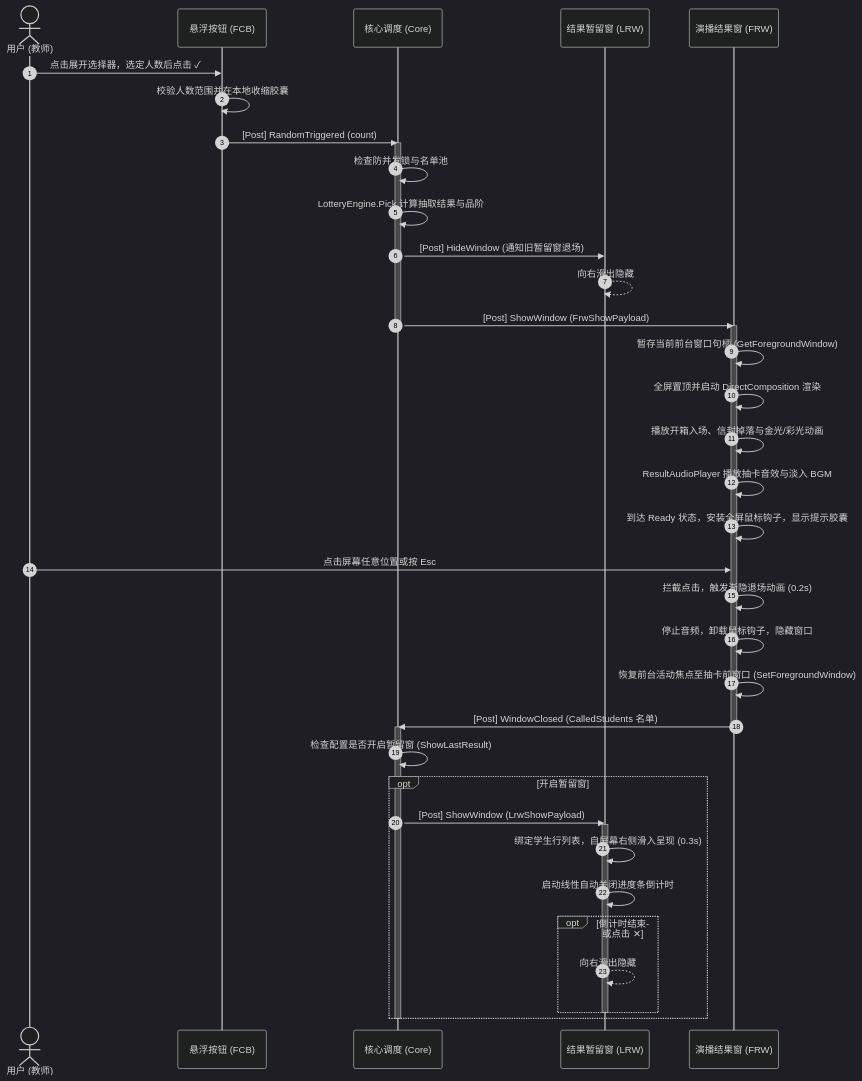
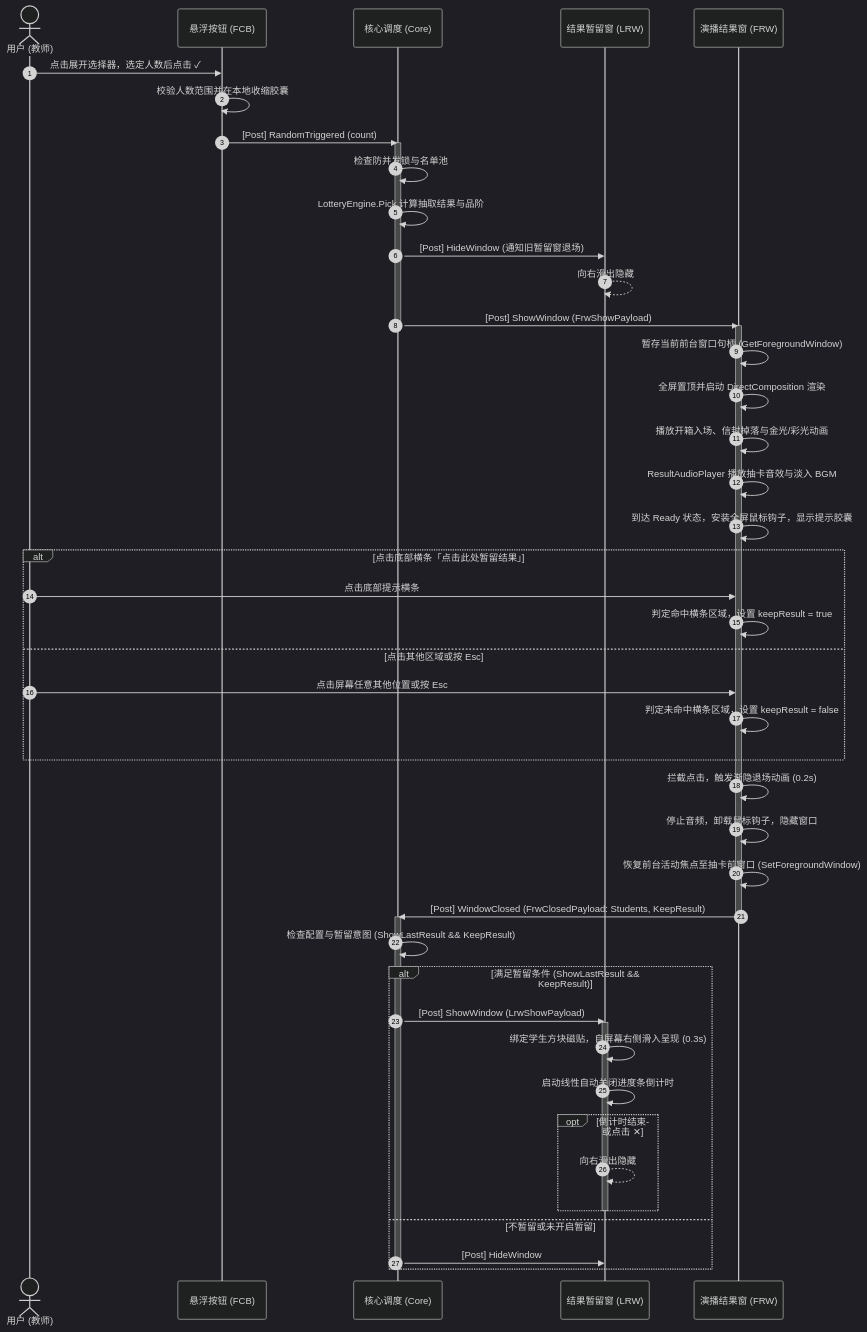
One commit to Yun-Hydrogen/blue-random changed the second of 5 diagrams in agents/Architecture.md. Above: the diagram before and after it, drawn with Mermaid (dark theme). The commit also changed other lines of this file and 18 other files, not shown here.

````diff
--- a/agents/Architecture.md
+++ b/agents/Architecture.md
@@ -126,48 +126,57 @@
 ```mermaid
 sequenceDiagram
     autonumber
     actor User as 用户 (教师)
     participant FCB as 悬浮按钮 (FCB)
     participant Core as 核心调度 (Core)
     participant LRW as 结果暂留窗 (LRW)
     participant FRW as 演播结果窗 (FRW)
 
     User->>FCB: 点击展开选择器，选定人数后点击 ✓
     FCB->>FCB: 校验人数范围并在本地收缩胶囊
     FCB->>Core: [Post] RandomTriggered (count)
     activate Core
     Core->>Core: 检查防并发锁与名单池
     Core->>Core: LotteryEngine.Pick 计算抽取结果与品阶
     Core->>LRW: [Post] HideWindow (通知旧暂留窗退场)
     LRW-->>LRW: 向右滑出隐藏
     Core->>FRW: [Post] ShowWindow (FrwShowPayload)
     deactivate Core
 
     activate FRW
     FRW->>FRW: 暂存当前前台窗口句柄 (GetForegroundWindow)
     FRW->>FRW: 全屏置顶并启动 DirectComposition 渲染
     FRW->>FRW: 播放开箱入场、信封掉落与金光/彩光动画
     FRW->>FRW: ResultAudioPlayer 播放抽卡音效与淡入 BGM
     FRW->>FRW: 到达 Ready 状态，安装全屏鼠标钩子，显示提示胶囊
 
-    User->>FRW: 点击屏幕任意位置或按 Esc
+    alt 点击底部横条「点击此处暂留结果」
+        User->>FRW: 点击底部提示横条
+        FRW->>FRW: 判定命中横条区域，设置 keepResult = true
+    else 点击其他区域或按 Esc
+        User->>FRW: 点击屏幕任意其他位置或按 Esc
+        FRW->>FRW: 判定未命中横条区域，设置 keepResult = false
+    end
+
     FRW->>FRW: 拦截点击，触发渐隐退场动画 (0.2s)
     FRW->>FRW: 停止音频，卸载鼠标钩子，隐藏窗口
     FRW->>FRW: 恢复前台活动焦点至抽卡前窗口 (SetForegroundWindow)
-    FRW->>Core: [Post] WindowClosed (CalledStudents 名单)
+    FRW->>Core: [Post] WindowClosed (FrwClosedPayload: Students, KeepResult)
     deactivate FRW
 
     activate Core
-    Core->>Core: 检查配置是否开启暂留窗 (ShowLastResult)
-    opt 开启暂留窗
+    Core->>Core: 检查配置与暂留意图 (ShowLastResult && KeepResult)
+    alt 满足暂留条件 (ShowLastResult && KeepResult)
         Core->>LRW: [Post] ShowWindow (LrwShowPayload)
         activate LRW
-        LRW->>LRW: 绑定学生行列表，自屏幕右侧滑入呈现 (0.3s)
+        LRW->>LRW: 绑定学生方块磁贴，自屏幕右侧滑入呈现 (0.3s)
         LRW->>LRW: 启动线性自动关闭进度条倒计时
         opt 倒计时结束或点击 ✕
             LRW-->>LRW: 向右滑出隐藏
         end
         deactivate LRW
+    else 不暂留或未开启暂留
+        Core->>LRW: [Post] HideWindow
     end
     deactivate Core
 ```
````
